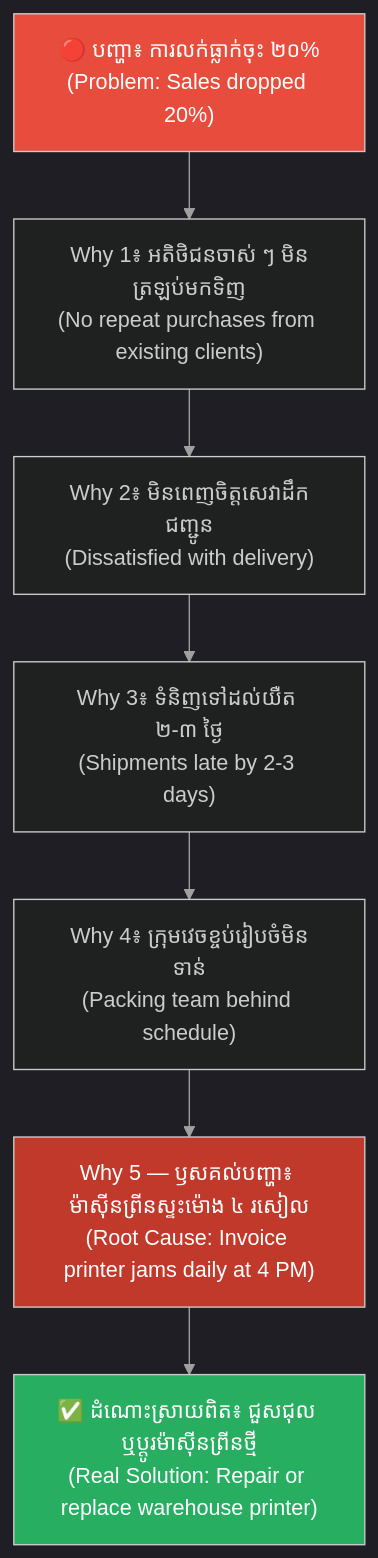
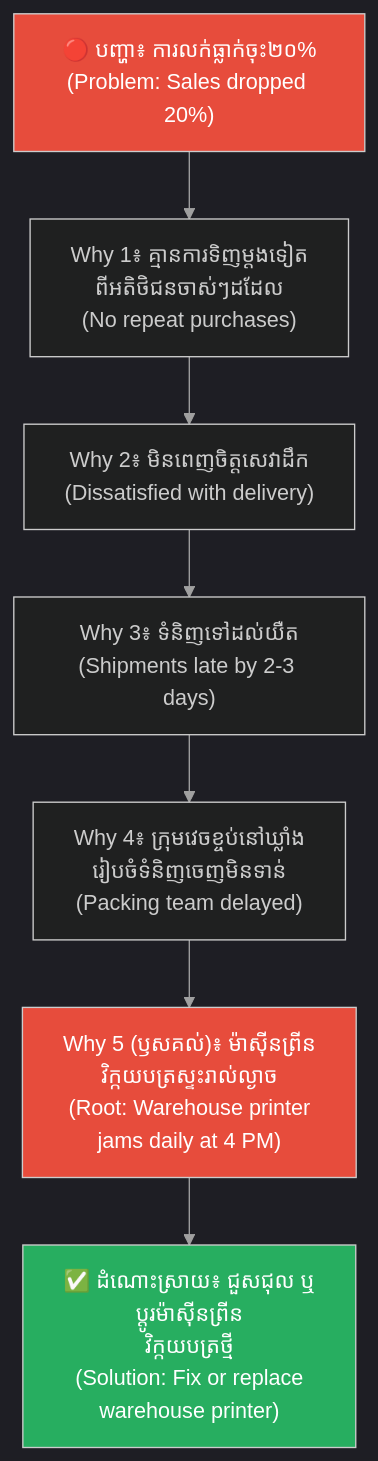
The fifth of 8 diagrams in feeds/concepts/articles/02-five-whys-technique.md (iblogger855/iblogger-feeds), drawn with Mermaid before and after one commit. The commit also changed other lines of this file, not shown here.

Commit message:
docs: improve 02-five-whys-technique.md content layout and diagram styling

````diff
--- a/feeds/concepts/articles/02-five-whys-technique.md
+++ b/feeds/concepts/articles/02-five-whys-technique.md
@@ -315,22 +320,22 @@
 ```mermaid
 %%{init: {
   'theme': 'dark',
   'themeVariables': {
     'background': '#1e1e1e',
     'primaryTextColor': '#ffffff',
     'lineColor': '#a0a0a0'
   },
   'themeCSS': 'svg { background-color: #1e1e1e !important; padding: 1rem !important; border-radius: 8px !important; } .edgeLabel rect { fill: #1e1e1e !important; } text, tspan { fill: #ffffff !important; }'
 }}%%
 graph TD
-    A["🔴 បញ្ហា៖ ការលក់ធ្លាក់ចុះ ២០%<br/>(Problem: Sales dropped 20%)"] --> B["Why 1៖ អតិថិជនចាស់ ៗ មិនត្រឡប់មកទិញ<br/>(No repeat purchases from existing clients)"]
-    B --> C["Why 2៖ មិនពេញចិត្តសេវាដឹកជញ្ជូន<br/>(Dissatisfied with delivery)"]
-    C --> D["Why 3៖ ទំនិញទៅដល់យឺត ២-៣ ថ្ងៃ<br/>(Shipments late by 2-3 days)"]
-    D --> E["Why 4៖ ក្រុមវេចខ្ចប់រៀបចំមិនទាន់<br/>(Packing team behind schedule)"]
-    E --> F["Why 5 — ឫសគល់បញ្ហា៖ ម៉ាស៊ីនព្រីនស្ទះម៉ោង ៤ រសៀល<br/>(Root Cause: Invoice printer jams daily at 4 PM)"]
-    F --> G["✅ ដំណោះស្រាយពិត៖ ជួសជុល ឬប្តូរម៉ាស៊ីនព្រីនថ្មី<br/>(Real Solution: Repair or replace warehouse printer)"]
+    A["🔴 បញ្ហា៖ ការលក់ធ្លាក់ចុះ២០%<br/>(Problem: Sales dropped 20%)"] --> B["Why 1៖ គ្មានការទិញម្តងទៀត<br/>ពីអតិថិជនចាស់ៗដដែល<br/>(No repeat purchases)"]
+    B --> C["Why 2៖ មិនពេញចិត្តសេវាដឹក<br/>(Dissatisfied with delivery)"]
+    C --> D["Why 3៖ ទំនិញទៅដល់យឺត<br/>(Shipments late by 2-3 days)"]
+    D --> E["Why 4៖ ក្រុមវេចខ្ចប់នៅឃ្លាំង<br/>រៀបចំទំនិញចេញមិនទាន់<br/>(Packing team delayed)"]
+    E --> F["Why 5 (ឫសគល់)៖ ម៉ាស៊ីនព្រីន<br/>វិក្កយបត្រស្ទះរាល់ល្ងាច<br/>(Root: Warehouse printer<br/>jams daily at 4 PM)"]
+    F --> G["✅ ដំណោះស្រាយ៖ ជួសជុល ឬ<br/>ប្តូរម៉ាស៊ីនព្រីន<br/>វិក្កយបត្រថ្មី<br/>(Solution: Fix or replace<br/>warehouse printer)"]
 
     style A fill:#e74c3c,color:#fff
-    style F fill:#c0392b,color:#fff
+    style F fill:#e74c3c,color:#fff
     style G fill:#27ae60,color:#fff
 ```
````
